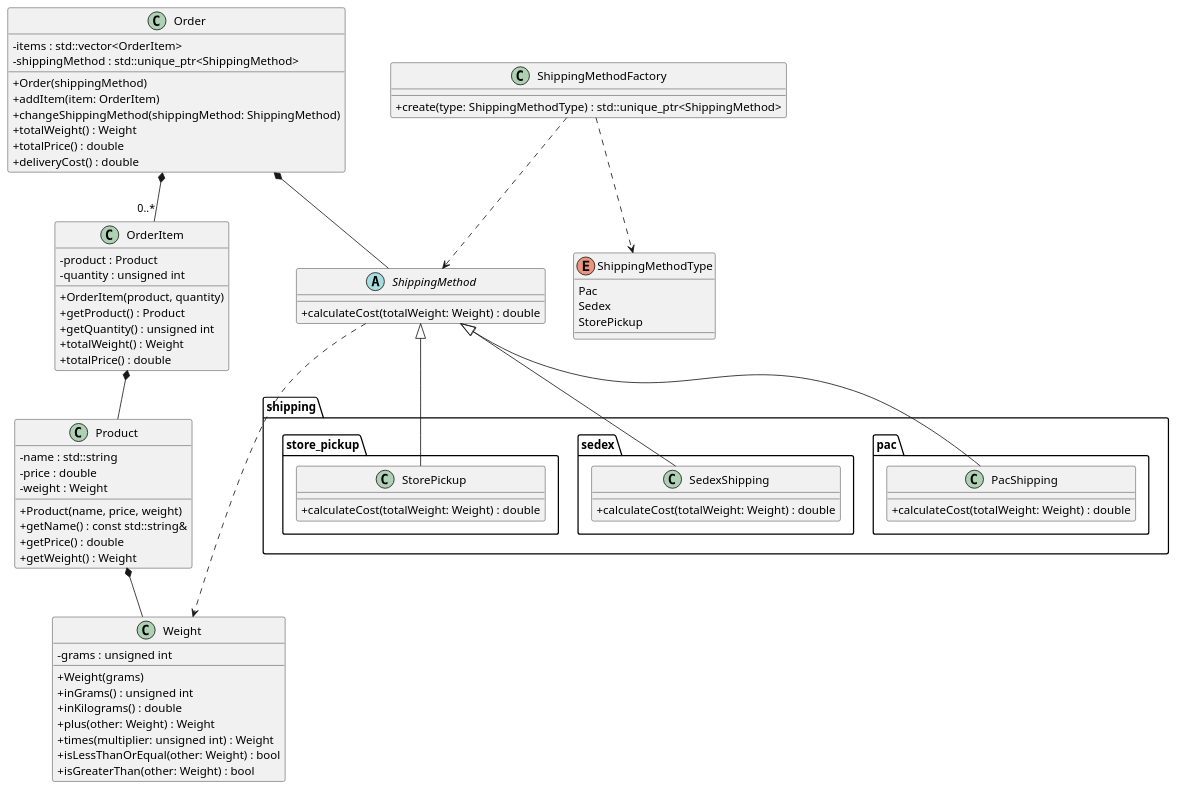
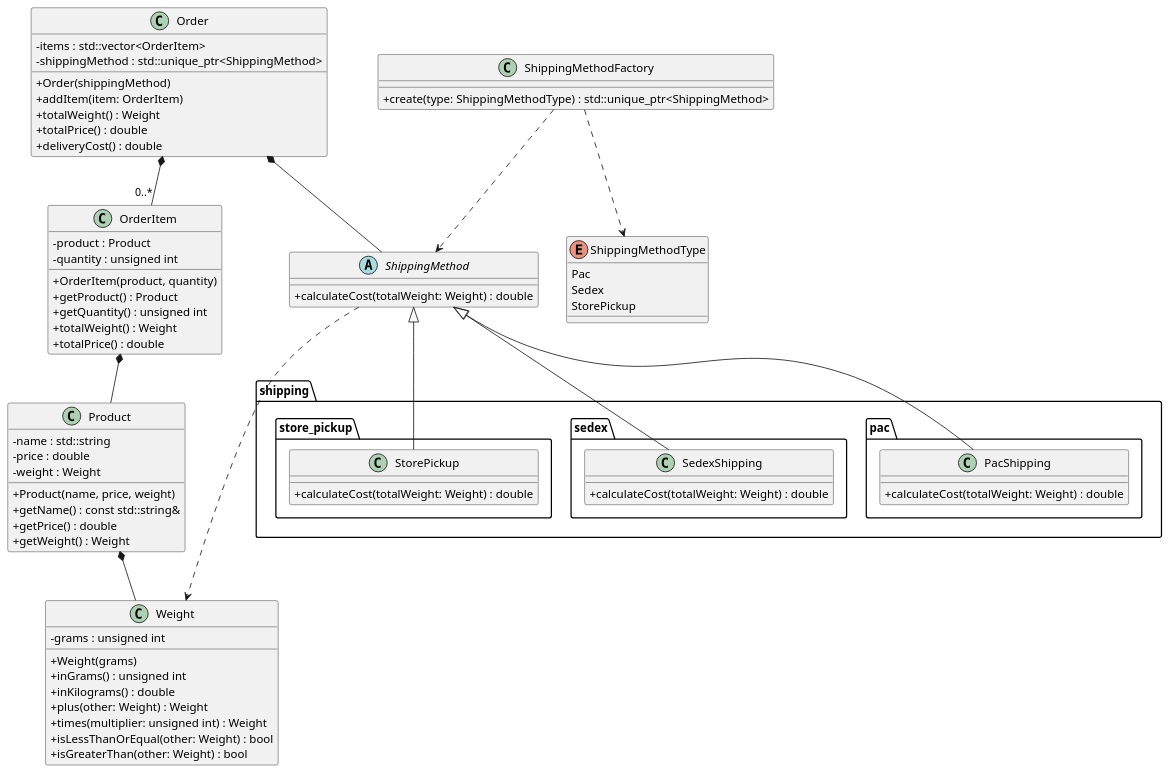
Before and after one commit to joaorodolforeiter/cassio-sys: the diagram in book-store/docs/class-diagram.puml, drawn with PlantUML. The commit also changed 9 other files, not shown here.

```diff
--- a/book-store/docs/class-diagram.puml
+++ b/book-store/docs/class-diagram.puml
@@ -1,88 +1,87 @@
 @startuml
 skinparam classAttributeIconSize 0
 
 class Weight {
   - grams : unsigned int
   + Weight(grams)
   + inGrams() : unsigned int
   + inKilograms() : double
   + plus(other: Weight) : Weight
   + times(multiplier: unsigned int) : Weight
   + isLessThanOrEqual(other: Weight) : bool
   + isGreaterThan(other: Weight) : bool
 }
 
 class Product {
   - name : std::string
   - price : double
   - weight : Weight
   + Product(name, price, weight)
   + getName() : const std::string&
   + getPrice() : double
   + getWeight() : Weight
 }
 
 class OrderItem {
   - product : Product
   - quantity : unsigned int
   + OrderItem(product, quantity)
   + getProduct() : Product
   + getQuantity() : unsigned int
   + totalWeight() : Weight
   + totalPrice() : double
 }
 
 class Order {
   - items : std::vector<OrderItem>
   - shippingMethod : std::unique_ptr<ShippingMethod>
   + Order(shippingMethod)
   + addItem(item: OrderItem)
-  + changeShippingMethod(shippingMethod: ShippingMethod)
   + totalWeight() : Weight
   + totalPrice() : double
   + deliveryCost() : double
 }
 
 abstract class ShippingMethod {
   + calculateCost(totalWeight: Weight) : double
 }
 
 enum ShippingMethodType {
   Pac
   Sedex
   StorePickup
 }
 
 class ShippingMethodFactory {
   + create(type: ShippingMethodType) : std::unique_ptr<ShippingMethod>
 }
 
 package "shipping.pac" {
   class PacShipping {
     + calculateCost(totalWeight: Weight) : double
   }
 }
 
 package "shipping.sedex" {
   class SedexShipping {
     + calculateCost(totalWeight: Weight) : double
   }
 }
 
 package "shipping.store_pickup" {
   class StorePickup {
     + calculateCost(totalWeight: Weight) : double
   }
 }
 
 Order *-- "0..*" OrderItem
 Order *-- ShippingMethod
 OrderItem *-- Product
 Product *-- Weight
 ShippingMethod <|-- PacShipping
 ShippingMethod <|-- SedexShipping
 ShippingMethod <|-- StorePickup
 ShippingMethodFactory ..> ShippingMethodType
 ShippingMethodFactory ..> ShippingMethod
 ShippingMethod ..> Weight
 @enduml
```
